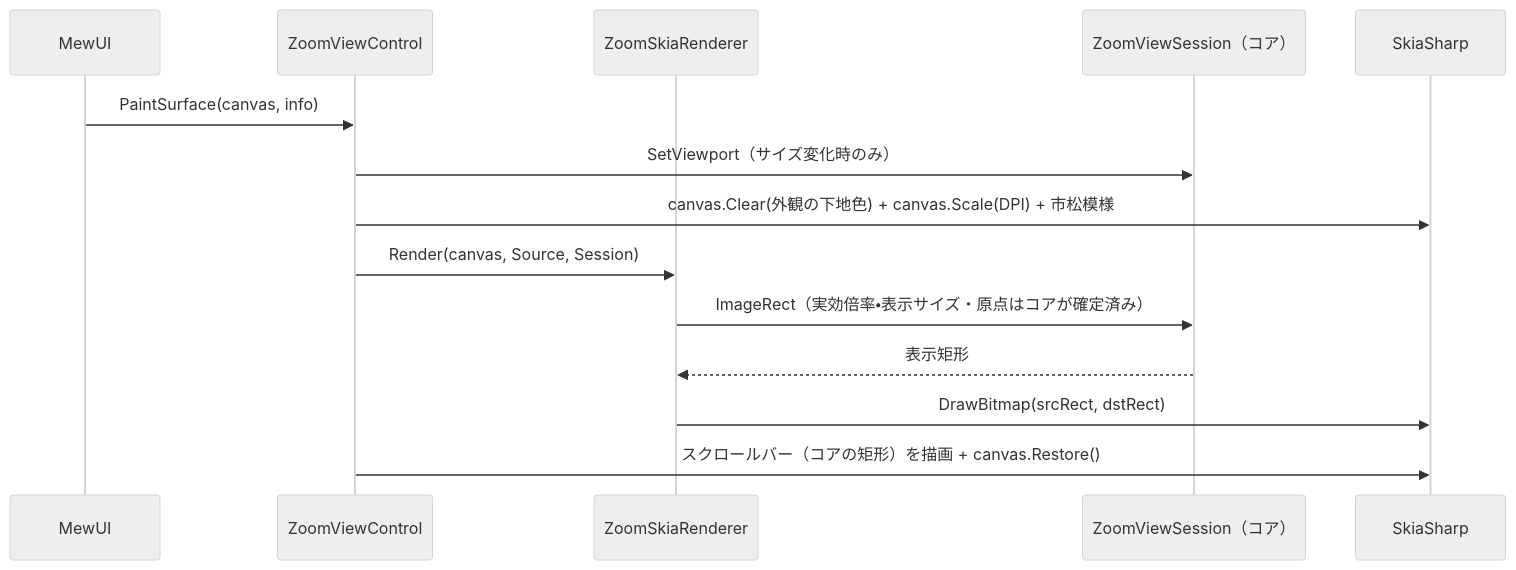
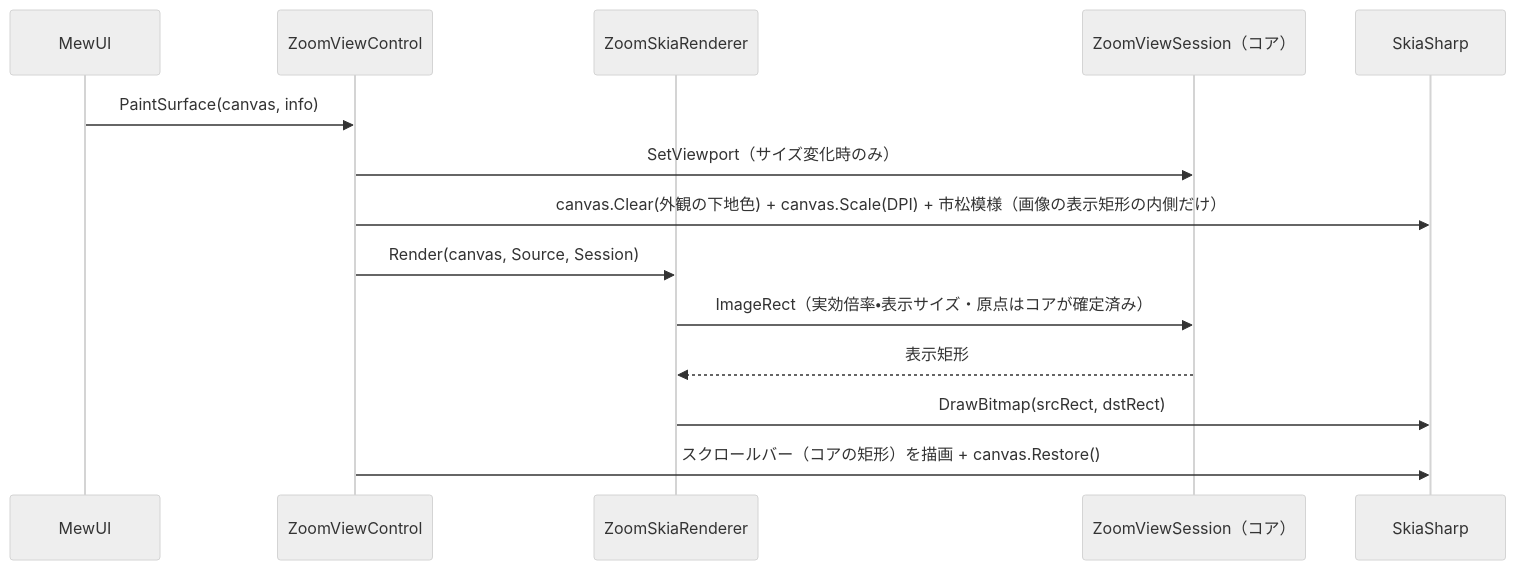
Before and after one commit to tomokuni/SaveEvidence: the fourth of 4 diagrams in src/ZoomViewControl.MewUI/SPEC_System.md, drawn with Mermaid (neutral theme). The commit also changed 56 other files, not shown here.

````diff
--- a/src/ZoomViewControl.MewUI/SPEC_System.md
+++ b/src/ZoomViewControl.MewUI/SPEC_System.md
@@ -190,17 +190,17 @@
 ```mermaid
 sequenceDiagram
     participant MW as MewUI
     participant Z as ZoomViewControl
     participant R as ZoomSkiaRenderer
     participant S as ZoomViewSession（コア）
     participant SK as SkiaSharp
 
     MW->>Z: PaintSurface(canvas, info)
     Z->>S: SetViewport（サイズ変化時のみ）
-    Z->>SK: canvas.Clear(外観の下地色) + canvas.Scale(DPI) + 市松模様
+    Z->>SK: canvas.Clear(外観の下地色) + canvas.Scale(DPI) + 市松模様（画像の表示矩形の内側だけ）
     Z->>R: Render(canvas, Source, Session)
     R->>S: ImageRect（実効倍率・表示サイズ・原点はコアが確定済み）
     S-->>R: 表示矩形
     R->>SK: DrawBitmap(srcRect, dstRect)
     Z->>SK: スクロールバー（コアの矩形）を描画 + canvas.Restore()
 ```
````
